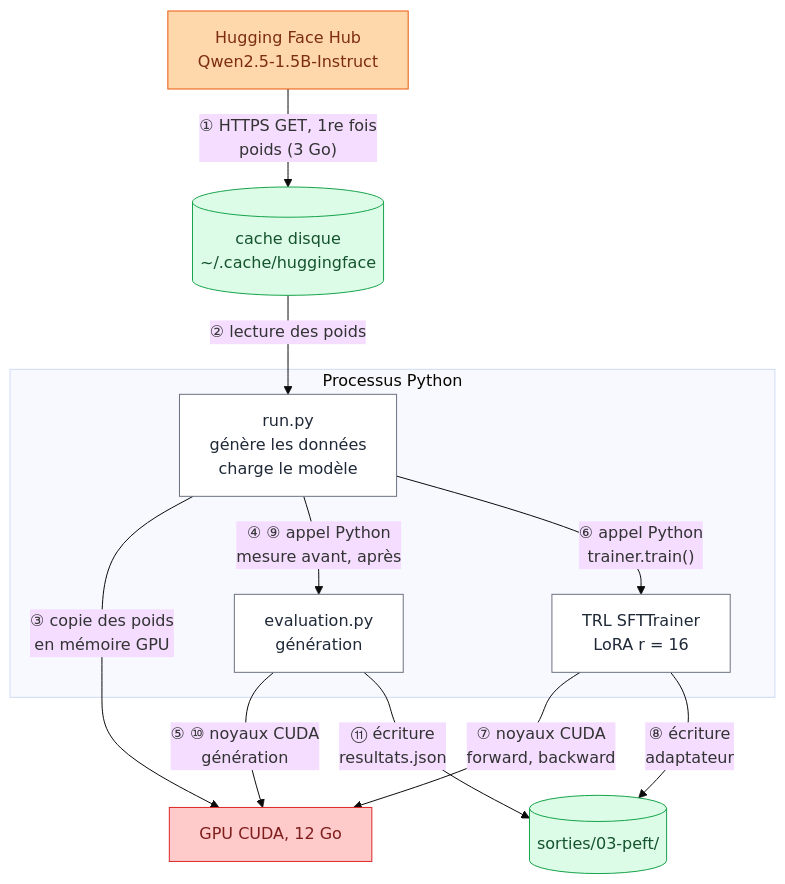
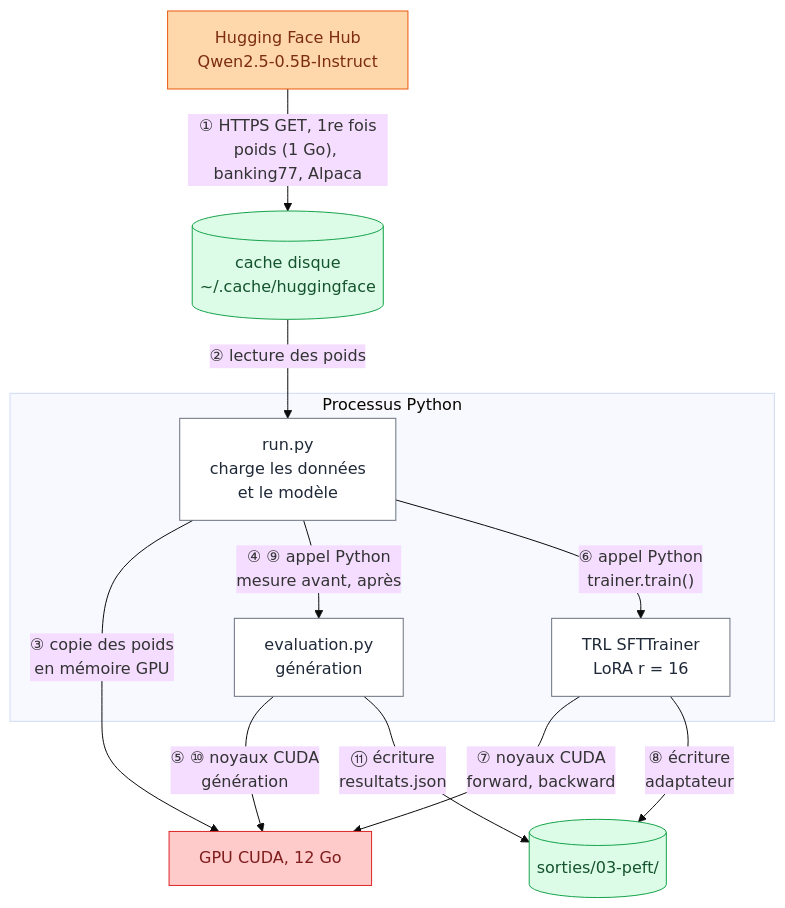
Before and after one commit to xavinsky/amelioria: the diagram in 03-peft/README.md, drawn with Mermaid (base theme). The commit also changed other lines of this file and 18 other files, not shown here.

````diff
--- a/03-peft/README.md
+++ b/03-peft/README.md
@@ -54,32 +54,32 @@
 ```mermaid
 flowchart TD
   classDef externe fill:#fed7aa,stroke:#ea580c,color:#7c2d12
   classDef code fill:#ffffff,stroke:#6b7280,color:#1f2937
   classDef gpu fill:#fecaca,stroke:#dc2626,color:#7f1d1d
   classDef disque fill:#dcfce7,stroke:#16a34a,color:#14532d
 
-  Hub["Hugging Face Hub<br/>Qwen2.5-1.5B-Instruct"]
+  Hub["Hugging Face Hub<br/>Qwen2.5-0.5B-Instruct"]
   Cache[("cache disque<br/>~/.cache/huggingface")]
   subgraph Py["Processus Python"]
-    Run["run.py<br/>génère les données<br/>charge le modèle"]
+    Run["run.py<br/>charge les données<br/>et le modèle"]
     Ev["evaluation.py<br/>génération"]
     TRL["TRL SFTTrainer<br/>LoRA r = 16"]
   end
   GPU["GPU CUDA, 12 Go"]
   Out[("sorties/03-peft/")]
 
-  Hub -- "① HTTPS GET, 1re fois<br/>poids (3 Go)" --> Cache
+  Hub -- "① HTTPS GET, 1re fois<br/>poids (1 Go), banking77, Alpaca" --> Cache
   Cache -- "② lecture des poids" --> Run
   Run -- "③ copie des poids<br/>en mémoire GPU" --> GPU
   Run -- "④ ⑨ appel Python<br/>mesure avant, après" --> Ev
   Ev -- "⑤ ⑩ noyaux CUDA<br/>génération" --> GPU
   Run -- "⑥ appel Python<br/>trainer.train()" --> TRL
   TRL -- "⑦ noyaux CUDA<br/>forward, backward" --> GPU
   TRL -- "⑧ écriture<br/>adaptateur" --> Out
   Ev -- "⑪ écriture<br/>resultats.json" --> Out
 
   class Hub externe
   class Run,Ev,TRL code
   class GPU gpu
   class Cache,Out disque
 ```
````
